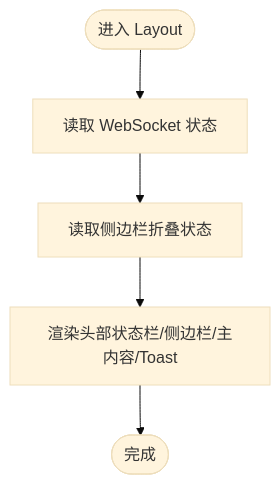
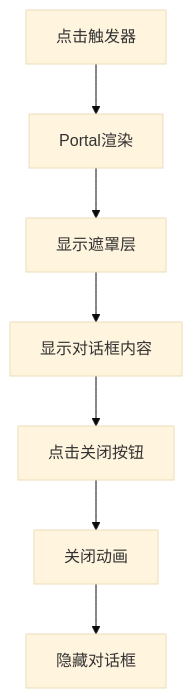
The first of 5 diagrams in .qoder/repowiki/zh/content/前端应用架构/组件库系统.md (angledick/-), drawn with Mermaid (base theme) before and after one commit. The commit also changed other lines of this file and 770 other files, not shown here.

````diff
--- a/.qoder/repowiki/zh/content/前端应用架构/组件库系统.md
+++ b/.qoder/repowiki/zh/content/前端应用架构/组件库系统.md
@@ -164,7 +71,9 @@
 ```mermaid
 flowchart TD
-Start(["进入 Layout"]) --> WS["读取 WebSocket 状态"]
-WS --> SB["读取侧边栏折叠状态"]
-SB --> Render["渲染头部状态栏/侧边栏/主内容/Toast"]
-Render --> End(["完成"])
+Open["点击触发器"] --> Portal["Portal渲染"]
+Portal --> Overlay["显示遮罩层"]
+Overlay --> Content["显示对话框内容"]
+Content --> Close["点击关闭按钮"]
+Close --> CloseAnim["关闭动画"]
+CloseAnim --> Hide["隐藏对话框"]
 ```
````
